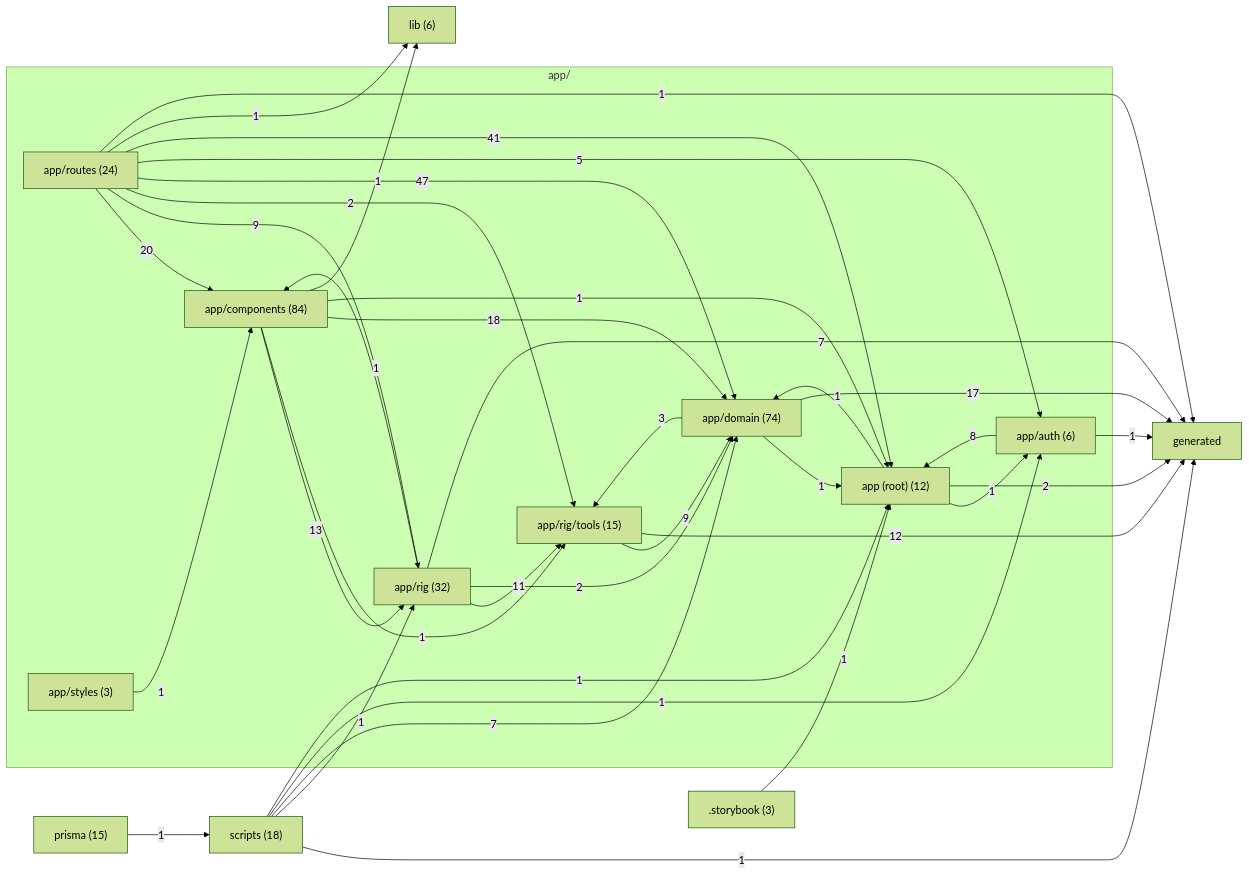
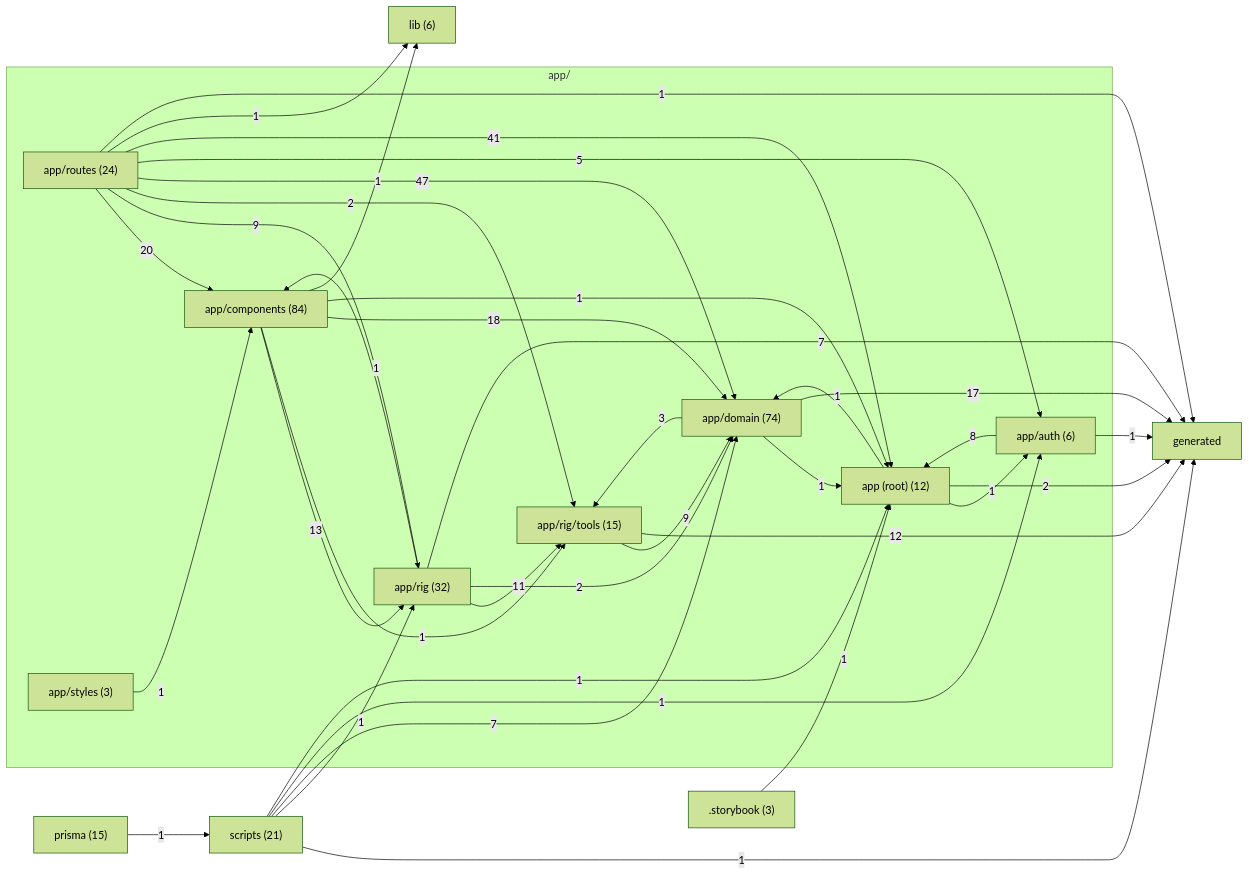
Before and after one commit to cam5/reading-rig: the diagram in TOPOLOGY.md, drawn with Mermaid (forest theme). The commit also changed other lines of this file, not shown here.

````diff
--- a/TOPOLOGY.md
+++ b/TOPOLOGY.md
@@ -13,53 +13,53 @@
 ```mermaid
 flowchart LR
   subgraph app_dir["app/"]
     app_routes["app/routes (24)"]
     app_components["app/components (84)"]
     app_rig["app/rig (32)"]
     app_rig_tools["app/rig/tools (15)"]
     app_domain["app/domain (74)"]
     app_auth["app/auth (6)"]
     app_root["app (root) (12)"]
     app_styles["app/styles (3)"]
   end
   lib["lib (6)"]
   generated["generated"]
   prisma["prisma (15)"]
-  scripts["scripts (18)"]
+  scripts["scripts (21)"]
   storybook[".storybook (3)"]
   app_routes -->|20| app_components
   app_routes -->|9| app_rig
   app_routes -->|2| app_rig_tools
   app_routes -->|47| app_domain
   app_routes -->|5| app_auth
   app_routes -->|41| app_root
   app_routes -->|1| lib
   app_routes -->|1| generated
   app_components -->|13| app_rig
   app_components -->|1| app_rig_tools
   app_components -->|18| app_domain
   app_components -->|1| app_root
   app_components -->|1| lib
   app_rig -->|1| app_components
   app_rig -->|11| app_rig_tools
   app_rig -->|2| app_domain
   app_rig -->|7| generated
   app_rig_tools -->|9| app_domain
   app_rig_tools -->|12| generated
   app_domain -->|3| app_rig_tools
   app_domain -->|1| app_root
   app_domain -->|17| generated
   app_auth -->|8| app_root
   app_auth -->|1| generated
   app_root -->|1| app_domain
   app_root -->|1| app_auth
   app_root -->|2| generated
   app_styles -->|1| app_components
   prisma -->|1| scripts
   scripts -->|1| app_rig
   scripts -->|7| app_domain
   scripts -->|1| app_auth
   scripts -->|1| app_root
   scripts -->|1| generated
   storybook -->|1| app_root
 ```
````
